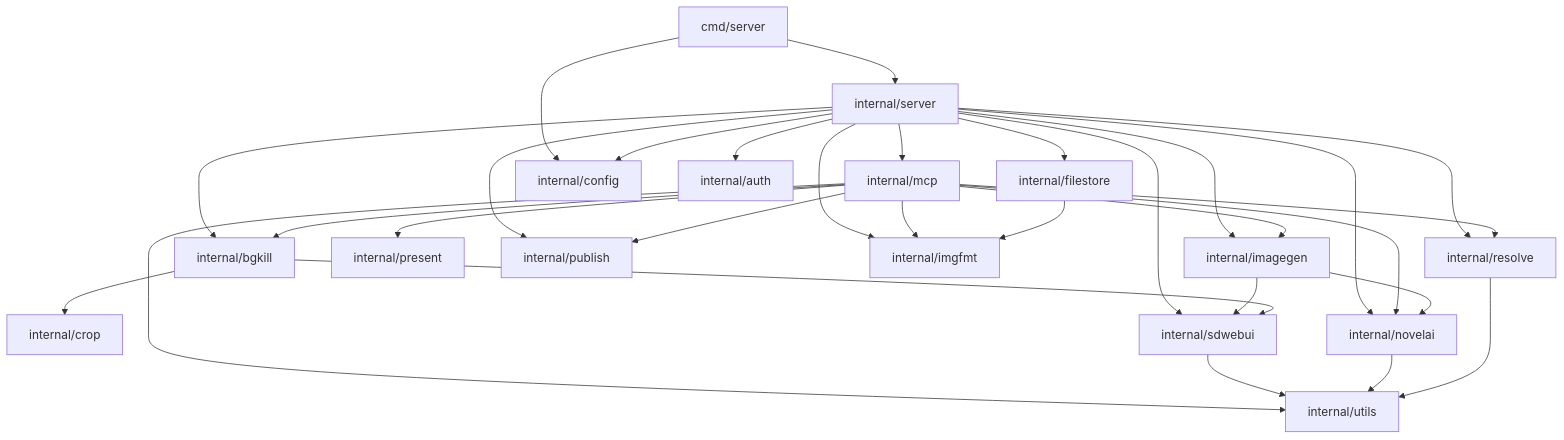
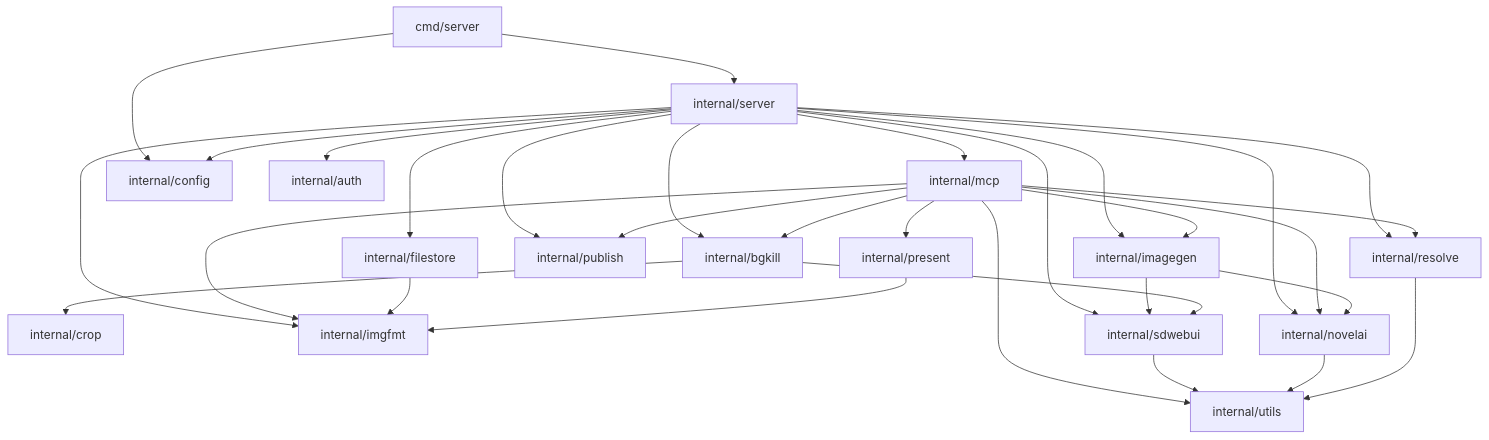
The diagram in AGENTS.md (wishmatic/neo-mcp), drawn with Mermaid before and after one commit. The commit also changed other lines of this file and 5 other files, not shown here.

````diff
--- a/AGENTS.md
+++ b/AGENTS.md
@@ -54,53 +55,54 @@
 ```mermaid
 flowchart TD
     cmd["cmd/server"]
     server["internal/server"]
     mcp["internal/mcp"]
     imagegen["internal/imagegen"]
     bgkill["internal/bgkill"]
     present["internal/present"]
     publish["internal/publish"]
     crop["internal/crop"]
     imgfmt["internal/imgfmt"]
     sdwebui["internal/sdwebui"]
     novelai["internal/novelai"]
     resolve["internal/resolve"]
     filestore["internal/filestore"]
     config["internal/config"]
     auth["internal/auth"]
     utils["internal/utils"]
 
     cmd --> server
     cmd --> config
 
     server --> mcp
     server --> imagegen
     server --> bgkill
     server --> publish
     server --> auth
     server --> config
     server --> sdwebui
     server --> novelai
     server --> resolve
     server --> filestore
     server --> imgfmt
 
     mcp --> imagegen
     mcp --> bgkill
     mcp --> present
     mcp --> publish
     mcp --> imgfmt
     mcp --> novelai
     mcp --> resolve
     mcp --> utils
 
     imagegen --> sdwebui
     imagegen --> novelai
     bgkill --> sdwebui
     bgkill --> crop
     filestore --> imgfmt
+    present --> imgfmt
 
     sdwebui --> utils
     novelai --> utils
     resolve --> utils
 ```
````
